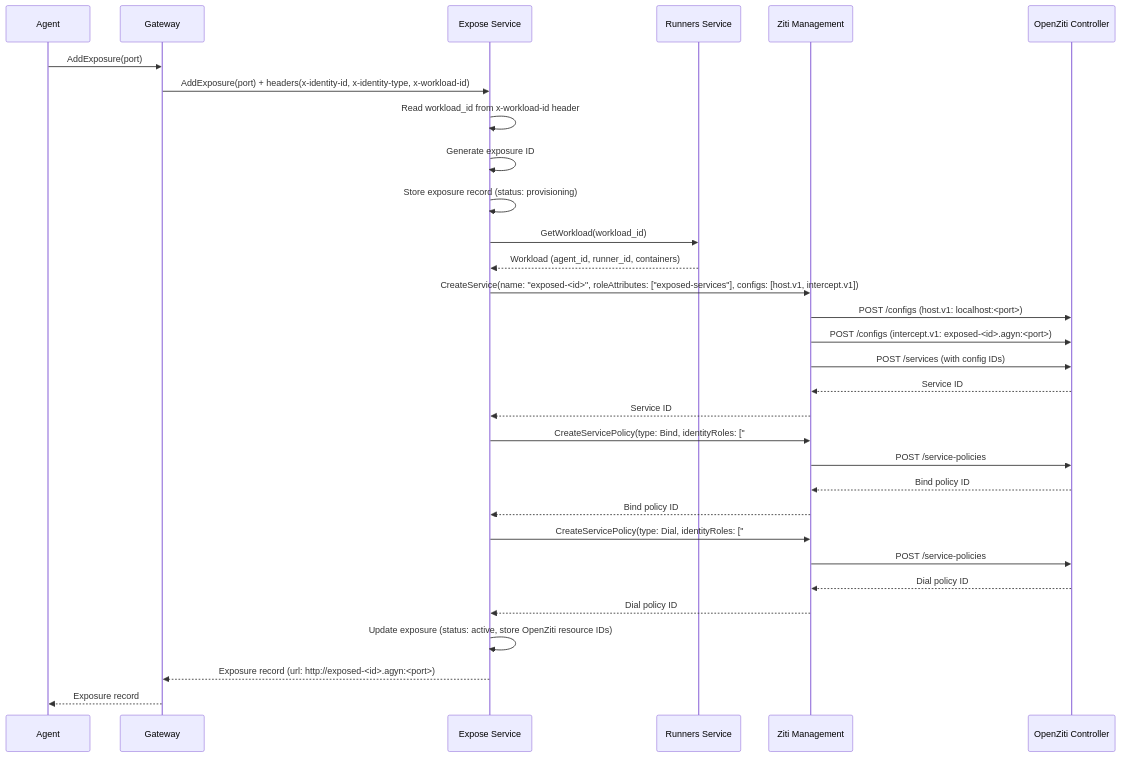
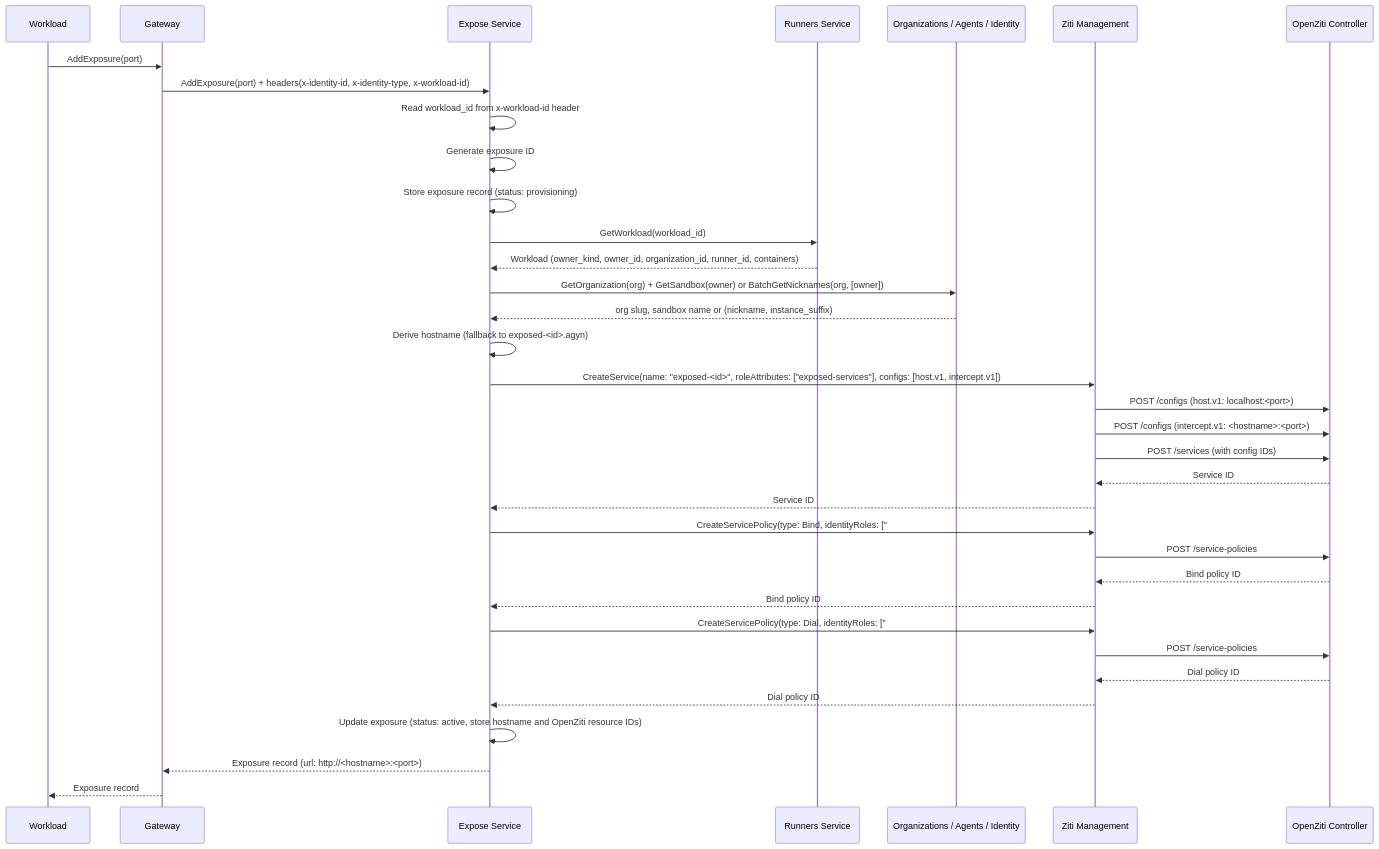
Before and after one commit to agynio/architecture: the second of 4 diagrams in architecture/expose-service.md, drawn with Mermaid. The commit also changed other lines of this file and 10 other files, not shown here.

````diff
--- a/architecture/expose-service.md
+++ b/architecture/expose-service.md
@@ -70,38 +138,43 @@
 ```mermaid
 sequenceDiagram
-    participant A as Agent
+    participant A as Workload
     participant GW as Gateway
     participant ES as Expose Service
     participant RS as Runners Service
+    participant NM as Organizations / Agents / Identity
     participant ZM as Ziti Management
     participant ZC as OpenZiti Controller
 
     A->>GW: AddExposure(port)
     GW->>ES: AddExposure(port) + headers(x-identity-id, x-identity-type, x-workload-id)
     ES->>ES: Read workload_id from x-workload-id header
     ES->>ES: Generate exposure ID
     ES->>ES: Store exposure record (status: provisioning)
     ES->>RS: GetWorkload(workload_id)
-    RS-->>ES: Workload (agent_id, runner_id, containers)
+    RS-->>ES: Workload (owner_kind, owner_id, organization_id, runner_id, containers)
+
+    ES->>NM: GetOrganization(org) + GetSandbox(owner) or BatchGetNicknames(org, [owner])
+    NM-->>ES: org slug, sandbox name or (nickname, instance_suffix)
+    ES->>ES: Derive hostname (fallback to exposed-<id>.agyn)
 
     ES->>ZM: CreateService(name: "exposed-<id>", roleAttributes: ["exposed-services"], configs: [host.v1, intercept.v1])
     ZM->>ZC: POST /configs (host.v1: localhost:<port>)
-    ZM->>ZC: POST /configs (intercept.v1: exposed-<id>.agyn:<port>)
+    ZM->>ZC: POST /configs (intercept.v1: <hostname>:<port>)
     ZM->>ZC: POST /services (with config IDs)
     ZC-->>ZM: Service ID
     ZM-->>ES: Service ID
 
     ES->>ZM: CreateServicePolicy(type: Bind, identityRoles: ["#workload-<workloadId>"], serviceRoles: ["@exposed-<id>"])
     ZM->>ZC: POST /service-policies
     ZC-->>ZM: Bind policy ID
     ZM-->>ES: Bind policy ID
 
     ES->>ZM: CreateServicePolicy(type: Dial, identityRoles: ["#all"], serviceRoles: ["@exposed-<id>"])
     ZM->>ZC: POST /service-policies
     ZC-->>ZM: Dial policy ID
     ZM-->>ES: Dial policy ID
 
-    ES->>ES: Update exposure (status: active, store OpenZiti resource IDs)
-    ES-->>GW: Exposure record (url: http://exposed-<id>.agyn:<port>)
+    ES->>ES: Update exposure (status: active, store hostname and OpenZiti resource IDs)
+    ES-->>GW: Exposure record (url: http://<hostname>:<port>)
     GW-->>A: Exposure record
 ```
````
